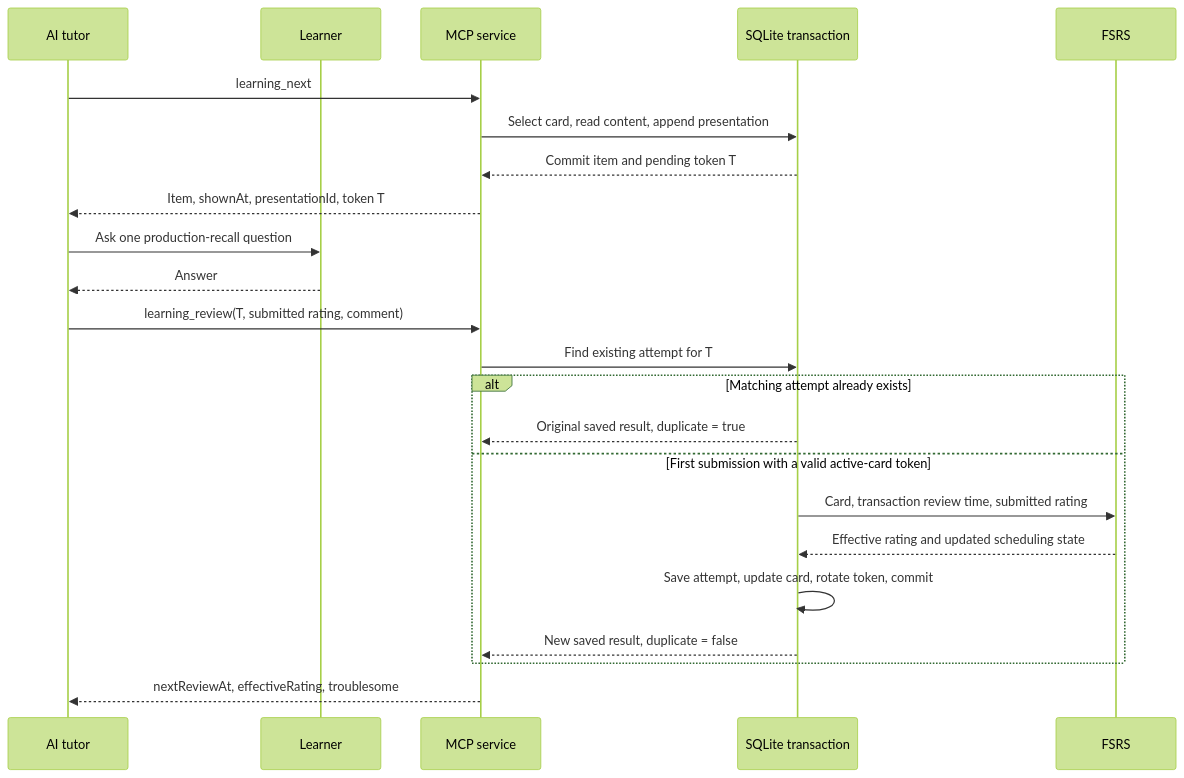
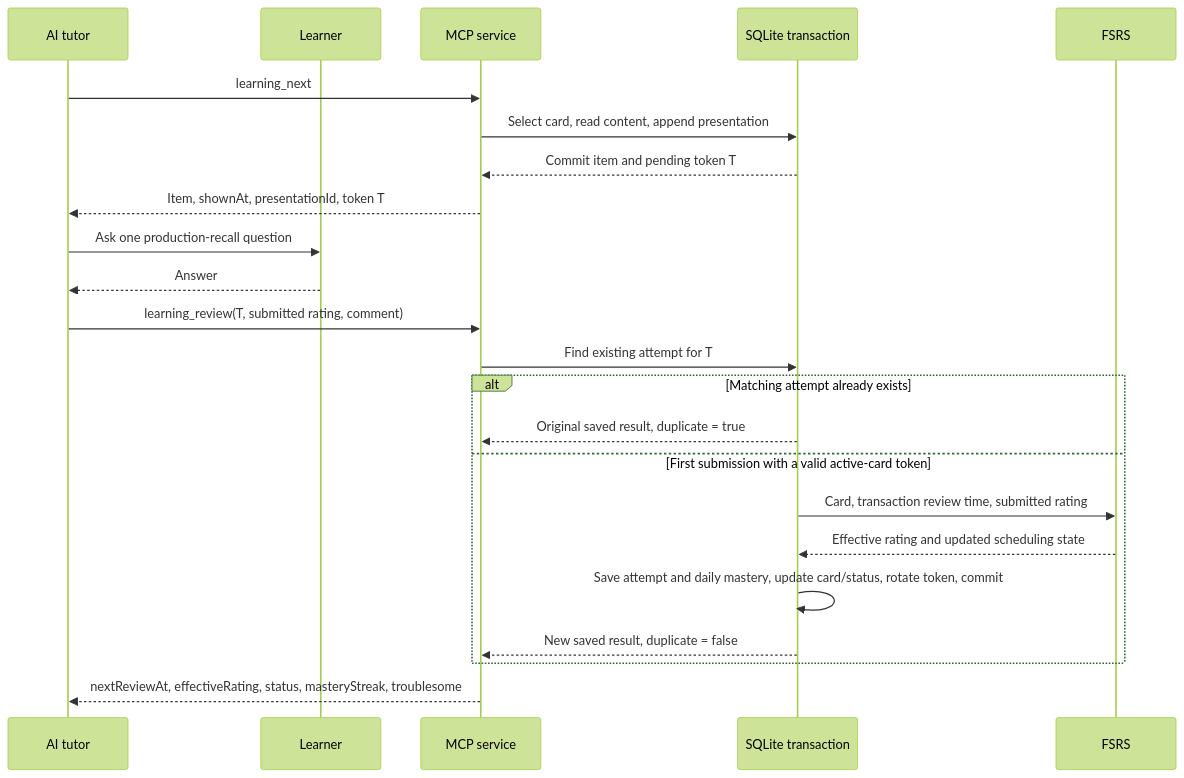
Before and after one commit to cjvnjde/chatgpt-english-mcp: the fourth of 6 diagrams in docs/how-it-works.md, drawn with Mermaid (forest theme). The commit also changed other lines of this file and 25 other files, not shown here.

Commit message:
feat: automate learning status with daily mastery

````diff
--- a/docs/how-it-works.md
+++ b/docs/how-it-works.md
@@ -599,25 +609,25 @@
 ```mermaid
 sequenceDiagram
     participant Tutor as AI tutor
     participant Learner
     participant MCP as MCP service
     participant DB as SQLite transaction
     participant Schedule as FSRS
     Tutor->>MCP: learning_next
     MCP->>DB: Select card, read content, append presentation
     DB-->>MCP: Commit item and pending token T
     MCP-->>Tutor: Item, shownAt, presentationId, token T
     Tutor->>Learner: Ask one production-recall question
     Learner-->>Tutor: Answer
     Tutor->>MCP: learning_review(T, submitted rating, comment)
     MCP->>DB: Find existing attempt for T
     alt Matching attempt already exists
         DB-->>MCP: Original saved result, duplicate = true
     else First submission with a valid active-card token
         DB->>Schedule: Card, transaction review time, submitted rating
         Schedule-->>DB: Effective rating and updated scheduling state
-        DB->>DB: Save attempt, update card, rotate token, commit
+        DB->>DB: Save attempt and daily mastery, update card/status, rotate token, commit
         DB-->>MCP: New saved result, duplicate = false
     end
-    MCP-->>Tutor: nextReviewAt, effectiveRating, troublesome
+    MCP-->>Tutor: nextReviewAt, effectiveRating, status, masteryStreak, troublesome
 ```
````
